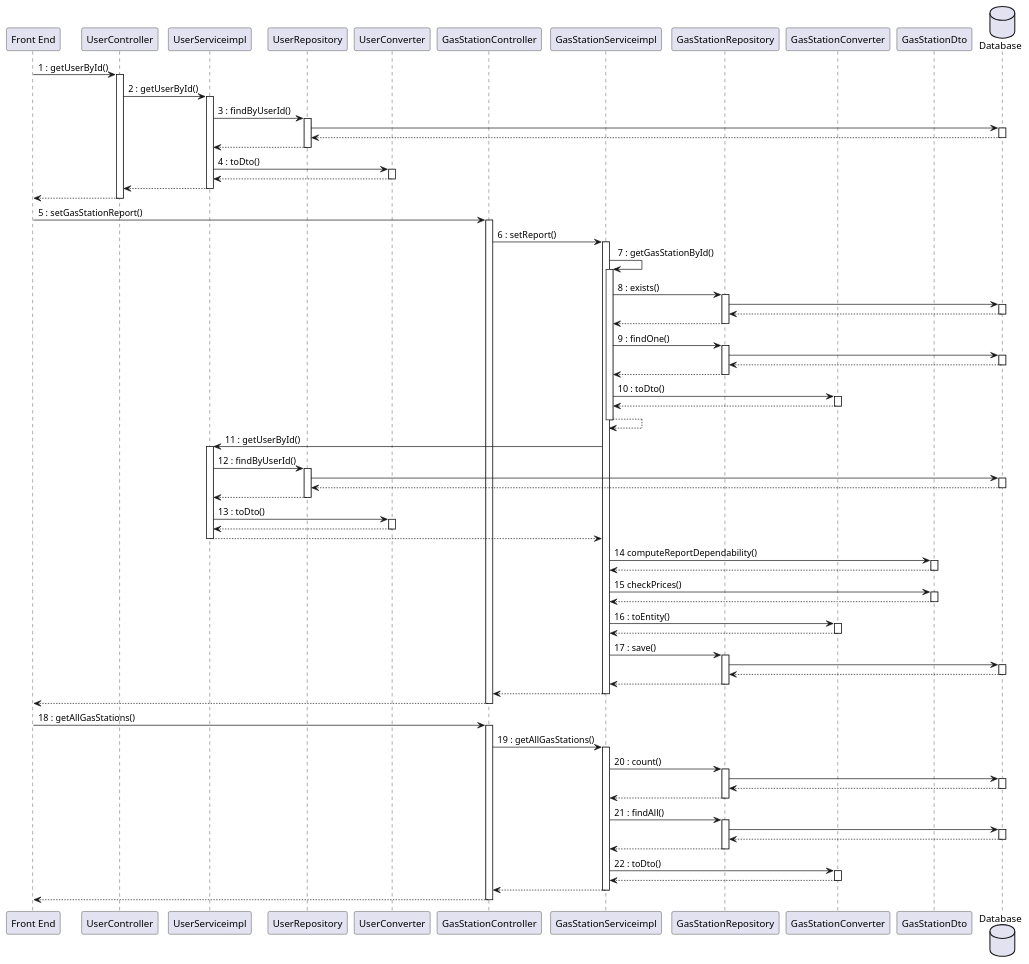
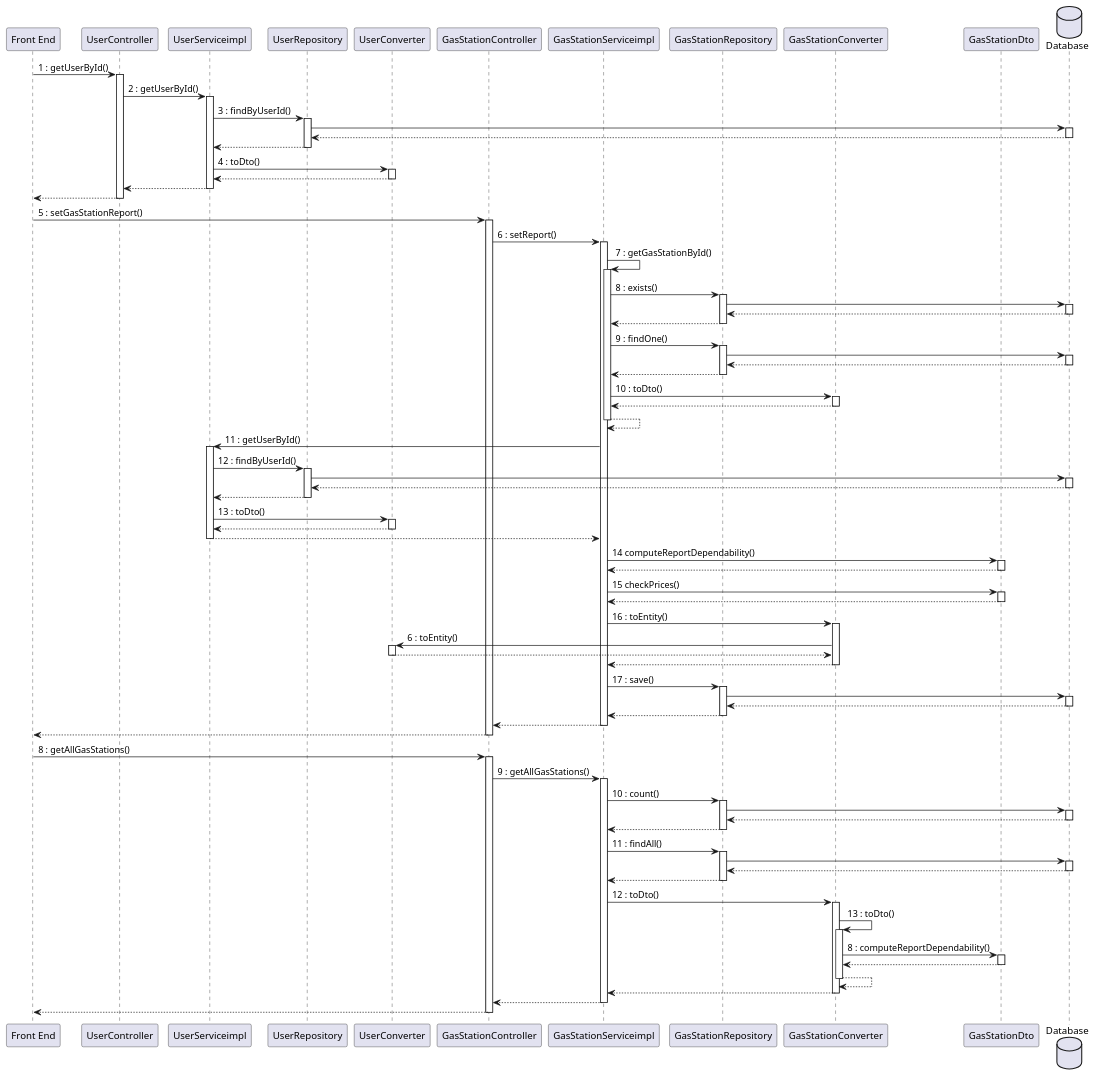
One commit to mosTavassoli/ezgas changed diagram 11 of 15 in docs/DesignDocument.md. Above: the diagram before and after it, drawn with PlantUML. The commit also changed other lines of this file, not shown here.

Commit message:
docs(DesignDocument): edit sequence diagram

```diff
--- a/docs/DesignDocument.md
+++ b/docs/DesignDocument.md
@@ -837,6 +878,9 @@
 
 GasStationServiceimpl -> GasStationConverter:16 : toEntity()
 activate GasStationConverter
+GasStationConverter -> UserConverter:6 : toEntity()
+activate UserConverter
+return
 return
 
 GasStationServiceimpl -> GasStationRepository:17 : save()
@@ -848,25 +892,31 @@
 return
 return
 
-"Front End" -> GasStationController:18 : getAllGasStations()
+"Front End" -> GasStationController:8 : getAllGasStations()
 activate GasStationController
-GasStationController -> GasStationServiceimpl:19 : getAllGasStations()
+GasStationController -> GasStationServiceimpl:9 : getAllGasStations()
 activate GasStationServiceimpl
-GasStationServiceimpl -> GasStationRepository:20 : count()
+GasStationServiceimpl -> GasStationRepository:10 : count()
 activate GasStationRepository
 GasStationRepository -> Database
 activate Database
 return
 return
-GasStationServiceimpl -> GasStationRepository:21 : findAll()
+GasStationServiceimpl -> GasStationRepository:11 : findAll()
 activate GasStationRepository
 GasStationRepository -> Database
 activate Database
 return
 return
 
-GasStationServiceimpl -> GasStationConverter:22 : toDto()
+GasStationServiceimpl -> GasStationConverter:12 : toDto()
 activate GasStationConverter
+GasStationConverter -> GasStationConverter:13 : toDto()
+activate GasStationConverter
+GasStationConverter -> GasStationDto:8 : computeReportDependability()
+activate GasStationDto
+return
+return
 return
 return
 return
```
